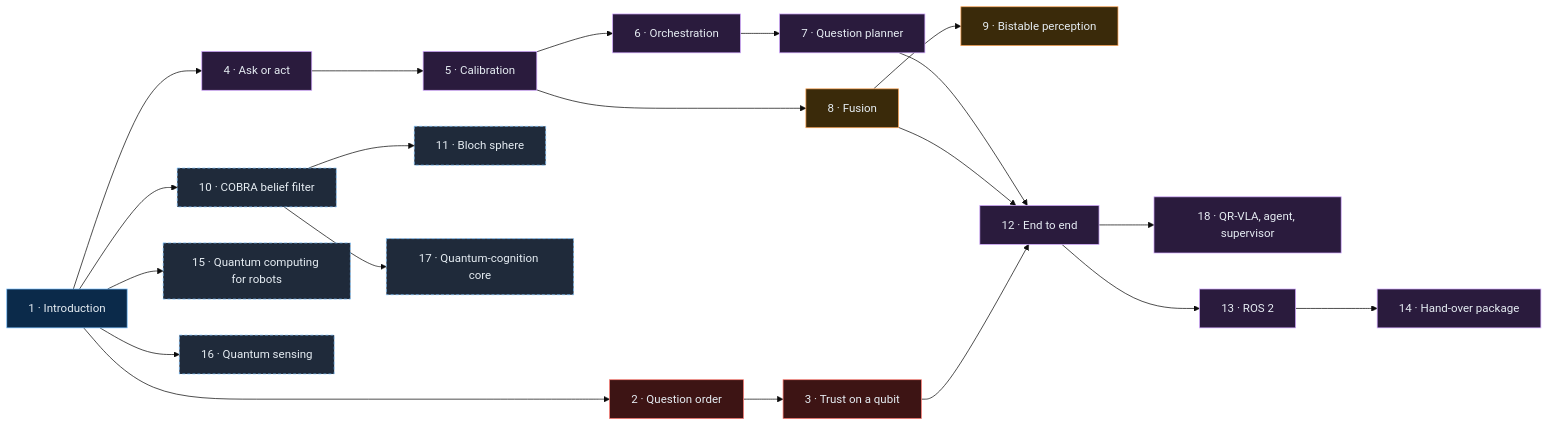
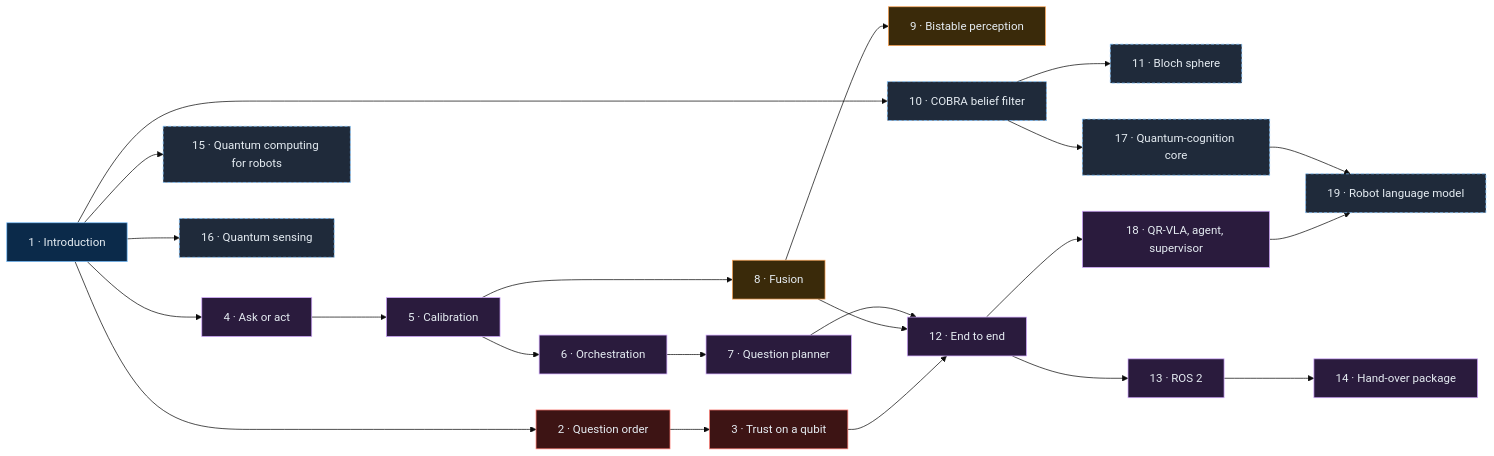
The diagram in docs/tutorials/index.md (yeshwanthguru/Quantum-mind), drawn with Mermaid (base theme) before and after one commit. The commit also changed other lines of this file and 13 other files, not shown here.

First line of the commit message:
Add a small robot language model (from scratch), a validated local-LLM bridge and dialogue fusion with the quantum-cognition core

````diff
--- a/docs/tutorials/index.md
+++ b/docs/tutorials/index.md
@@ -12,21 +12,23 @@
 ```{mermaid}
 flowchart LR
     accTitle: Reading order of the tutorials
-    accDescr: The introduction leads to four tracks: models of people (2, 3), the robot decision layer (4 to 7, then 12, 13 and the packaged hand-over use case 14), perception (8, 9) and the COBRA belief filter and viewer (10, 11), the quantum computing and quantum sensing threads (15, 16), the quantum-cognition core (17) and the QR-VLA with its agent and supervisor (18).
+    accDescr: The introduction leads to four tracks: models of people (2, 3), the robot decision layer (4 to 7, then 12, 13 and the packaged hand-over use case 14), perception (8, 9) and the COBRA belief filter and viewer (10, 11), the quantum computing and quantum sensing threads (15, 16), the quantum-cognition core (17), the QR-VLA with its agent and supervisor (18) and the robot language model (19).
     T1["1 · Introduction"]:::a --> T2["2 · Question order"]:::h --> T3["3 · Trust on a qubit"]:::h
     T1 --> T4["4 · Ask or act"]:::r --> T5["5 · Calibration"]:::r --> T6["6 · Orchestration"]:::r --> T7["7 · Question planner"]:::r
     T5 --> T8["8 · Fusion"]:::p --> T9["9 · Bistable perception"]:::p
     T1 --> T10["10 · COBRA belief filter"]:::q --> T11["11 · Bloch sphere"]:::q
     T1 --> T15["15 · Quantum computing for robots"]:::q
     T1 --> T16["16 · Quantum sensing"]:::q
     T10 --> T17["17 · Quantum-cognition core"]:::q
     T12 --> T18["18 · QR-VLA, agent, supervisor"]:::r
+    T17 --> T19["19 · Robot language model"]:::q
+    T18 --> T19
     T7 --> T12["12 · End to end"]:::r
     T8 --> T12
     T3 --> T12 --> T13["13 · ROS 2"]:::r --> T14["14 · Hand-over package"]:::r
     classDef a fill:#0b2a4a,stroke:#79c0ff,color:#e6edf3
     classDef h fill:#3d1414,stroke:#ff7b72,color:#e6edf3
     classDef r fill:#2a1b3d,stroke:#d2a8ff,color:#e6edf3
     classDef p fill:#3a2a0a,stroke:#ffa657,color:#e6edf3
     classDef q fill:#1f2a3a,stroke:#79c0ff,color:#e6edf3,stroke-dasharray:4 3
 ```
````
